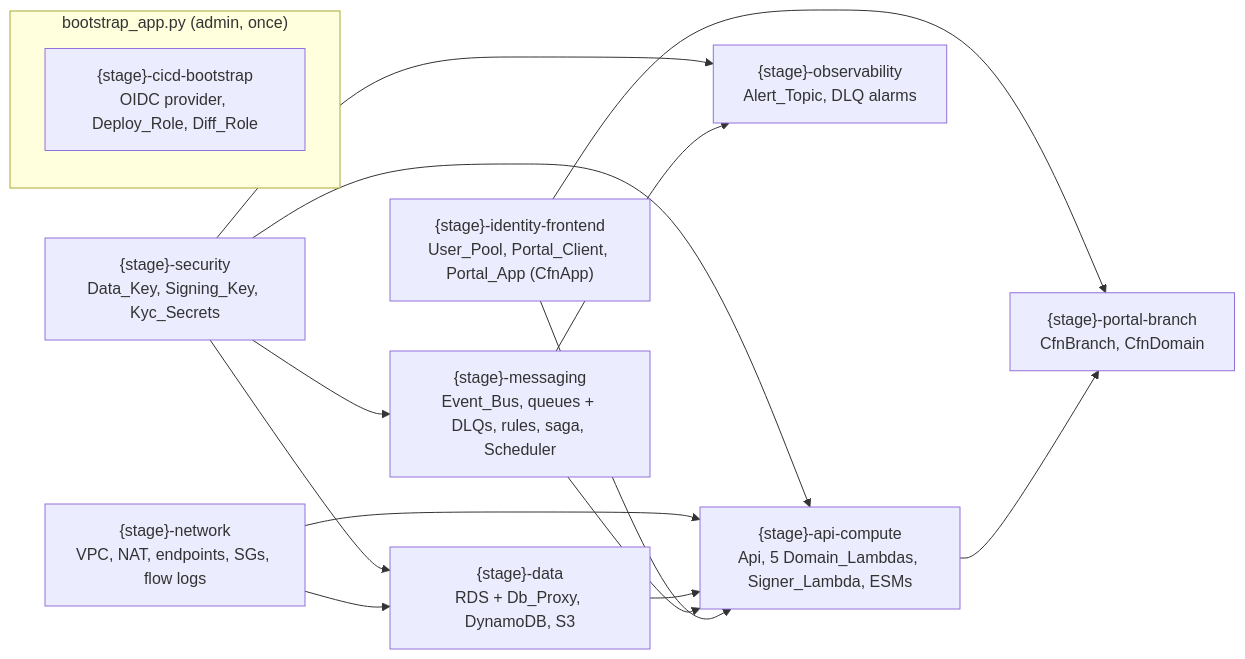
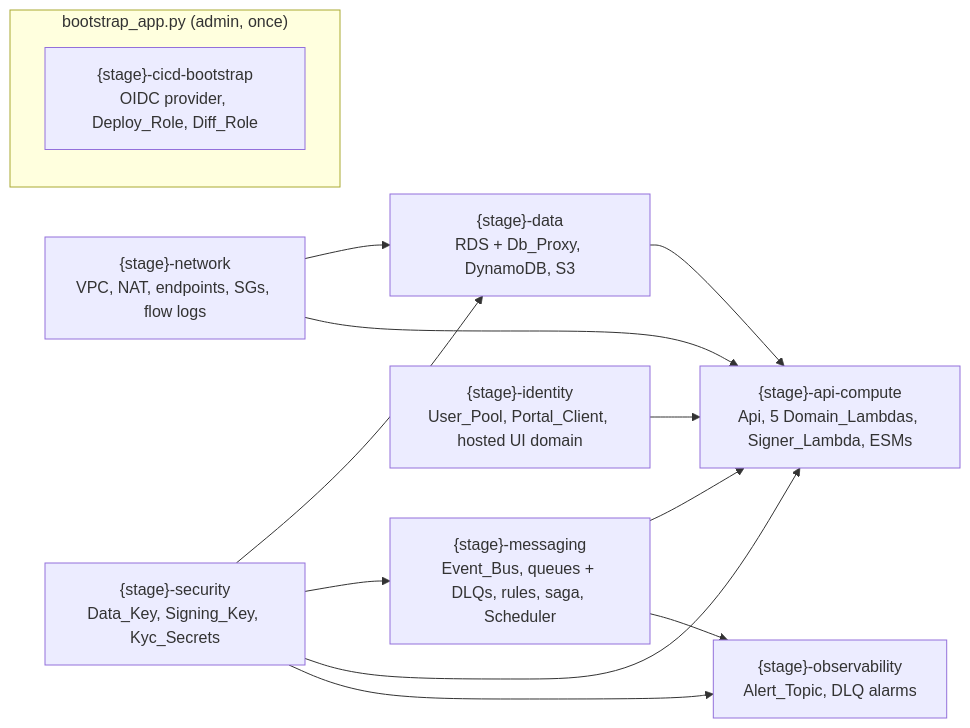
The first of 2 diagrams in .kiro/specs/real-estate-tokenization-iac/design.md (Arcamo/tokenization-infra), drawn with Mermaid before and after one commit. The commit also changed other lines of this file and 76 other files, not shown here.

````diff
--- a/.kiro/specs/real-estate-tokenization-iac/design.md
+++ b/.kiro/specs/real-estate-tokenization-iac/design.md
@@ -63,26 +62,23 @@
 ```mermaid
 flowchart LR
   subgraph once["bootstrap_app.py (admin, once)"]
     BOOT["{stage}-cicd-bootstrap<br/>OIDC provider, Deploy_Role, Diff_Role"]
   end
   SEC["{stage}-security<br/>Data_Key, Signing_Key, Kyc_Secrets"]
   NET["{stage}-network<br/>VPC, NAT, endpoints, SGs, flow logs"]
   DATA["{stage}-data<br/>RDS + Db_Proxy, DynamoDB, S3"]
   MSG["{stage}-messaging<br/>Event_Bus, queues + DLQs, rules, saga, Scheduler"]
-  IDF["{stage}-identity-frontend<br/>User_Pool, Portal_Client, Portal_App (CfnApp)"]
+  IDF["{stage}-identity<br/>User_Pool, Portal_Client, hosted UI domain"]
   API["{stage}-api-compute<br/>Api, 5 Domain_Lambdas, Signer_Lambda, ESMs"]
-  BR["{stage}-portal-branch<br/>CfnBranch, CfnDomain"]
   OBS["{stage}-observability<br/>Alert_Topic, DLQ alarms"]
   SEC --> DATA
   NET --> DATA
   SEC --> MSG
   SEC --> API
   NET --> API
   DATA --> API
   MSG --> API
   IDF --> API
-  IDF --> BR
-  API --> BR
   SEC --> OBS
   MSG --> OBS
 ```
````
